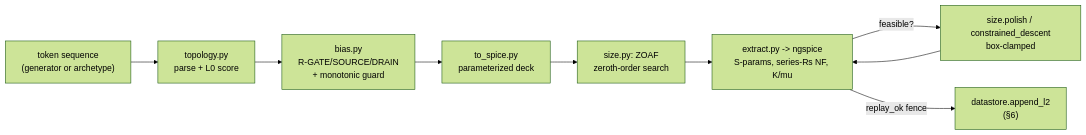
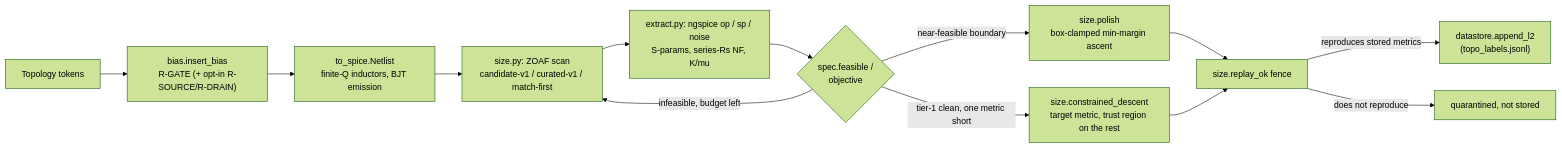
Before and after one commit to Devavavava/circuit-repro: the second of 2 diagrams in lna/STRUCTURE_LOGIC.md, drawn with Mermaid (forest theme). The commit also changed other lines of this file, not shown here.

First line of the commit message:
STRUCTURE_LOGIC.md: revise architecture doc (sharper spec.py/campaign.py citations, ZOAF acronym sourced from misc/ZOAF/README.md, honest Loop-B non-improvement example)

````diff
--- a/lna/STRUCTURE_LOGIC.md
+++ b/lna/STRUCTURE_LOGIC.md
@@ -390,11 +788,15 @@
 ```mermaid
 flowchart LR
-    TOK["token sequence\n(generator or archetype)"] --> TOPO["topology.py\nparse + L0 score"]
-    TOPO --> BIAS["bias.py\nR-GATE/SOURCE/DRAIN\n+ monotonic guard"]
-    BIAS --> NET["to_spice.py\nparameterized deck"]
-    NET --> ZOAF["size.py: ZOAF\nzeroth-order search"]
-    ZOAF --> SIM["extract.py -> ngspice\nS-params, series-Rs NF, K/mu"]
-    SIM -- "feasible?" --> POLISH["size.polish / constrained_descent\nbox-clamped"]
-    POLISH --> SIM
-    SIM -- "replay_ok fence" --> LABEL["datastore.append_l2\n(§6)"]
+    TOPO["Topology tokens"] --> BIAS["bias.insert_bias<br/>R-GATE (+ opt-in R-SOURCE/R-DRAIN)"]
+    BIAS --> NET["to_spice.Netlist<br/>finite-Q inductors, BJT emission"]
+    NET --> ZOAF["size.py: ZOAF scan<br/>candidate-v1 / curated-v1 / match-first"]
+    ZOAF --> EXTRACT["extract.py: ngspice op / sp / noise<br/>S-params, series-Rs NF, K/mu"]
+    EXTRACT --> FEAS{"spec.feasible /<br/>objective"}
+    FEAS -->|infeasible, budget left| ZOAF
+    FEAS -->|near-feasible boundary| POLISH["size.polish<br/>box-clamped min-margin ascent"]
+    FEAS -->|tier-1 clean, one metric short| CD["size.constrained_descent<br/>target metric, trust region on the rest"]
+    POLISH --> REPLAY["size.replay_ok fence"]
+    CD --> REPLAY
+    REPLAY -->|reproduces stored metrics| LOG["datastore.append_l2<br/>(topo_labels.jsonl)"]
+    REPLAY -->|does not reproduce| QUAR["quarantined, not stored"]
 ```
````
